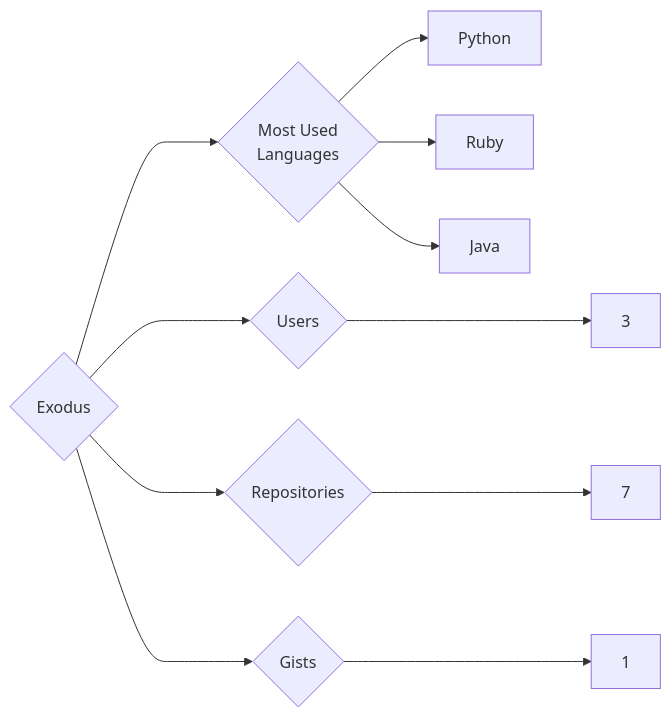
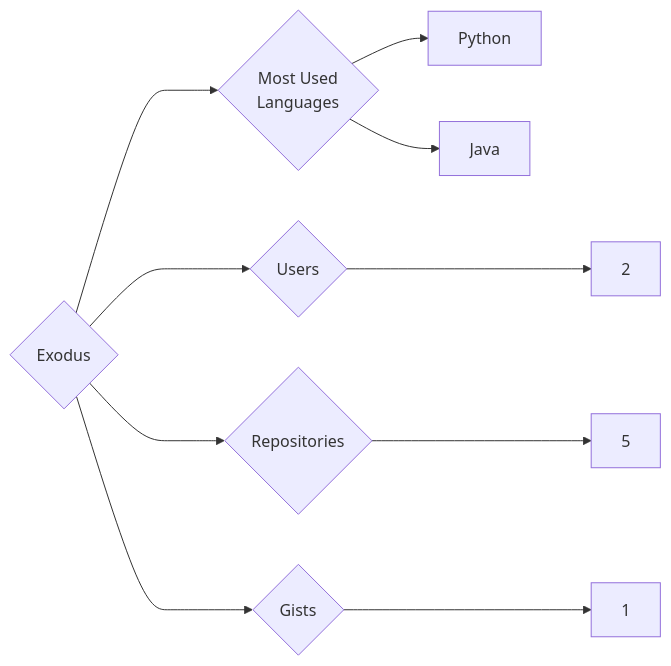
Before and after one commit to trickest/insiders: the diagram in targets/Exodus/README.md, drawn with Mermaid. The commit also changed 993 other files, not shown here.

````diff
--- a/targets/Exodus/README.md
+++ b/targets/Exodus/README.md
@@ -3,11 +3,10 @@
 ```mermaid
 graph LR
 COMPANY_NAME{Exodus}
-COMPANY_NAME ---> U{Users} ---> UN[3]
-COMPANY_NAME ---> R{Repositories} ---> RN[7]
+COMPANY_NAME ---> U{Users} ---> UN[2]
+COMPANY_NAME ---> R{Repositories} ---> RN[5]
 COMPANY_NAME ---> G{Gists} ---> GN[1]
 COMPANY_NAME ---> ML{Most Used<br>Languages}
 ML --> Python[Python]
-ML --> Ruby[Ruby]
 ML --> Java[Java]
 ```
````
